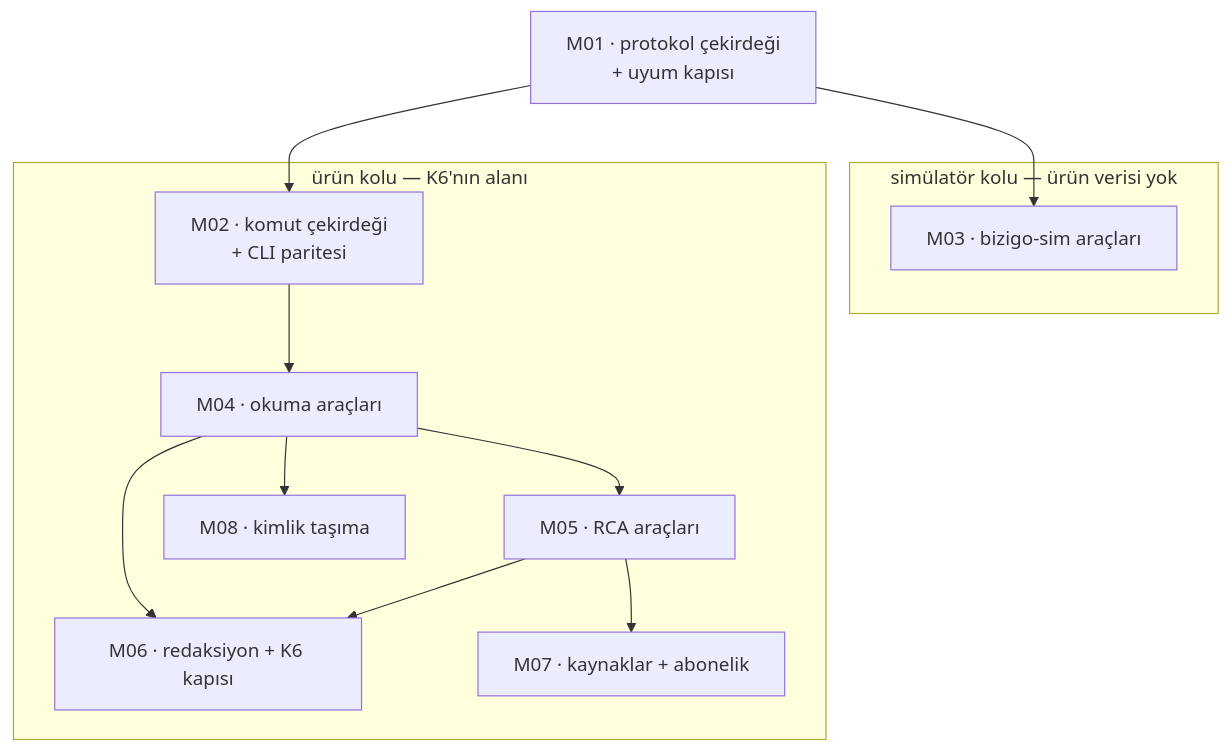
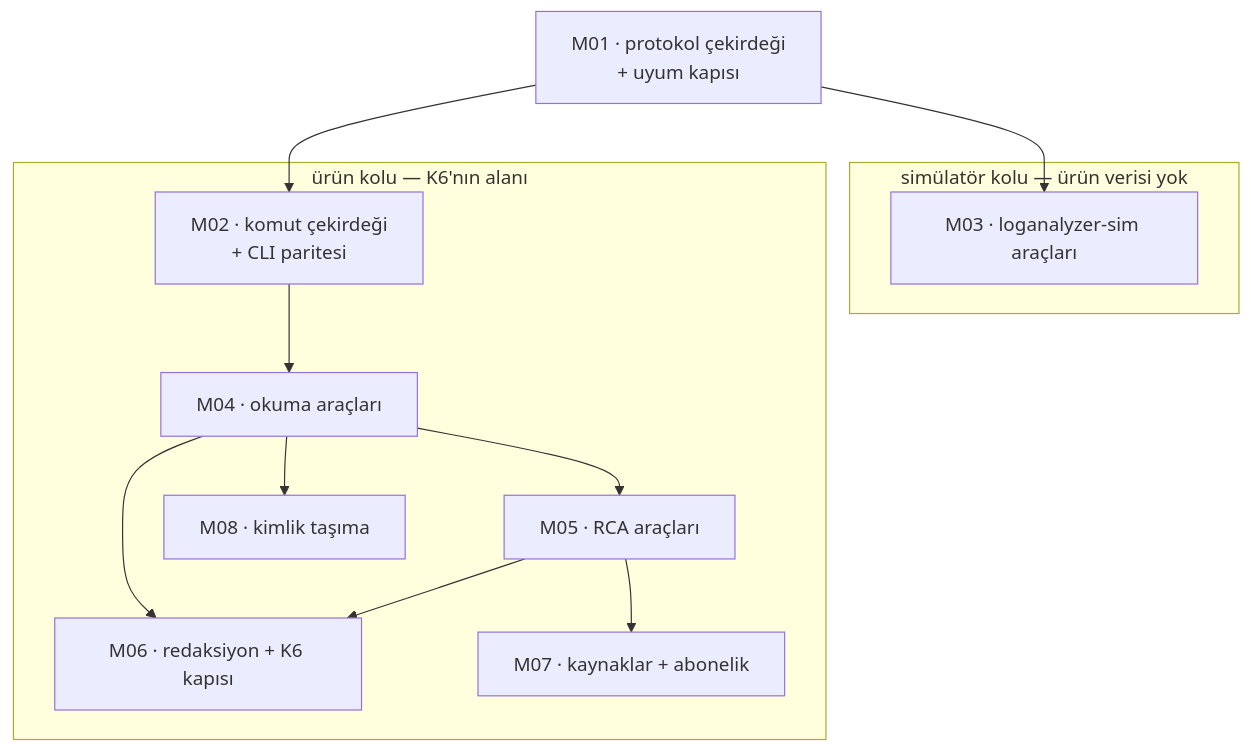
One commit to hakkisagdic/loganalyzer changed the diagram in docs/epic/tickets-mcp/index.md. Above: the diagram before and after it, drawn with Mermaid. The commit also changed other lines of this file and 2211 other files, not shown here.

Commit message:
feat: add LogAnalyzer Lite incident flight recorder, rebrand from bizigo to generic loganalyzer

````diff
--- a/docs/epic/tickets-mcp/index.md
+++ b/docs/epic/tickets-mcp/index.md
@@ -40,24 +40,24 @@
 ```mermaid
 flowchart TB
   M01["M01 · protokol çekirdeği<br/>+ uyum kapısı"]
 
   subgraph Sim["simülatör kolu — ürün verisi yok"]
-    M03["M03 · bizigo-sim araçları"]
+    M03["M03 · loganalyzer-sim araçları"]
   end
 
   subgraph Urun["ürün kolu — K6'nın alanı"]
     M02["M02 · komut çekirdeği<br/>+ CLI paritesi"]
     M04["M04 · okuma araçları"]
     M05["M05 · RCA araçları"]
     M06["M06 · redaksiyon + K6 kapısı"]
     M07["M07 · kaynaklar + abonelik"]
     M08["M08 · kimlik taşıma"]
   end
 
   M01 --> M03
   M01 --> M02 --> M04 --> M05
   M04 --> M06
   M05 --> M06
   M05 --> M07
   M04 --> M08
 ```
````
